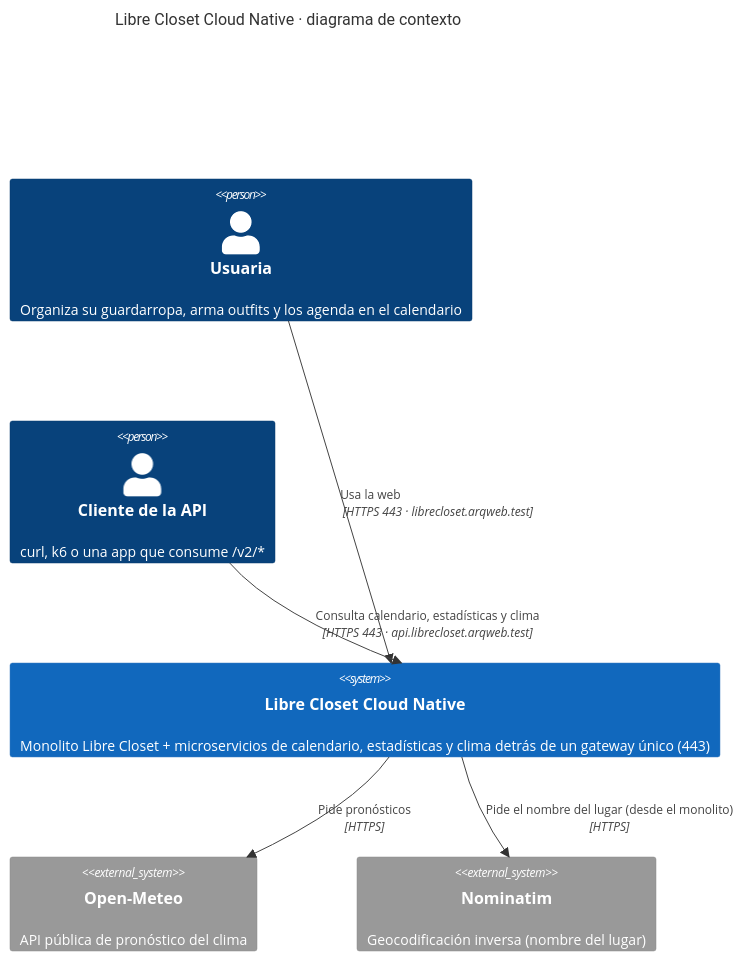
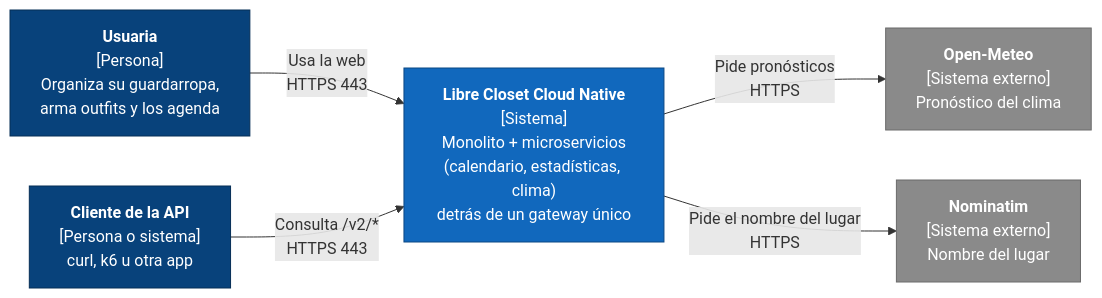
The diagram in cna/docs/diagrams/c4-contexto.md (bbia21/tp-arqweb-equipo03), drawn with Mermaid before and after one commit. The commit also changed other lines of this file and 2 other files, not shown here.

Commit message:
Diagramas C4 y de secuencia corregidos

````diff
--- a/cna/docs/diagrams/c4-contexto.md
+++ b/cna/docs/diagrams/c4-contexto.md
@@ -3,17 +6,20 @@
 ```mermaid
-C4Context
-  title Libre Closet Cloud Native · diagrama de contexto
+flowchart LR
+  U["<b>Usuaria</b><br/>[Persona]<br/>Organiza su guardarropa,<br/>arma outfits y los agenda"]
+  C["<b>Cliente de la API</b><br/>[Persona o sistema]<br/>curl, k6 u otra app"]
+  S["<b>Libre Closet Cloud Native</b><br/>[Sistema]<br/>Monolito + microservicios<br/>(calendario, estadísticas, clima)<br/>detrás de un gateway único"]
+  OM["<b>Open-Meteo</b><br/>[Sistema externo]<br/>Pronóstico del clima"]
+  NO["<b>Nominatim</b><br/>[Sistema externo]<br/>Nombre del lugar"]
 
-  Person(usuario, "Usuaria", "Organiza su guardarropa, arma outfits y los agenda en el calendario")
-  Person(cliente, "Cliente de la API", "curl, k6 o una app que consume /v2/*")
+  U -- "Usa la web<br/>HTTPS 443" --> S
+  C -- "Consulta /v2/*<br/>HTTPS 443" --> S
+  S -- "Pide pronósticos<br/>HTTPS" --> OM
+  S -- "Pide el nombre del lugar<br/>HTTPS" --> NO
 
-  System(closet, "Libre Closet Cloud Native", "Monolito Libre Closet + microservicios de calendario, estadísticas y clima detrás de un gateway único (443)")
-
-  System_Ext(openmeteo, "Open-Meteo", "API pública de pronóstico del clima")
-  System_Ext(nominatim, "Nominatim", "Geocodificación inversa (nombre del lugar)")
-
-  Rel(usuario, closet, "Usa la web", "HTTPS 443 · librecloset.arqweb.test")
-  Rel(cliente, closet, "Consulta calendario, estadísticas y clima", "HTTPS 443 · api.librecloset.arqweb.test")
-  Rel(closet, openmeteo, "Pide pronósticos", "HTTPS")
-  Rel(closet, nominatim, "Pide el nombre del lugar (desde el monolito)", "HTTPS")
+  classDef persona fill:#08427b,stroke:#052e56,color:#ffffff
+  classDef sistema fill:#1168bd,stroke:#0b4884,color:#ffffff
+  classDef externo fill:#8a8a8a,stroke:#6b6b6b,color:#ffffff
+  class U,C persona
+  class S sistema
+  class OM,NO externo
 ```
````
